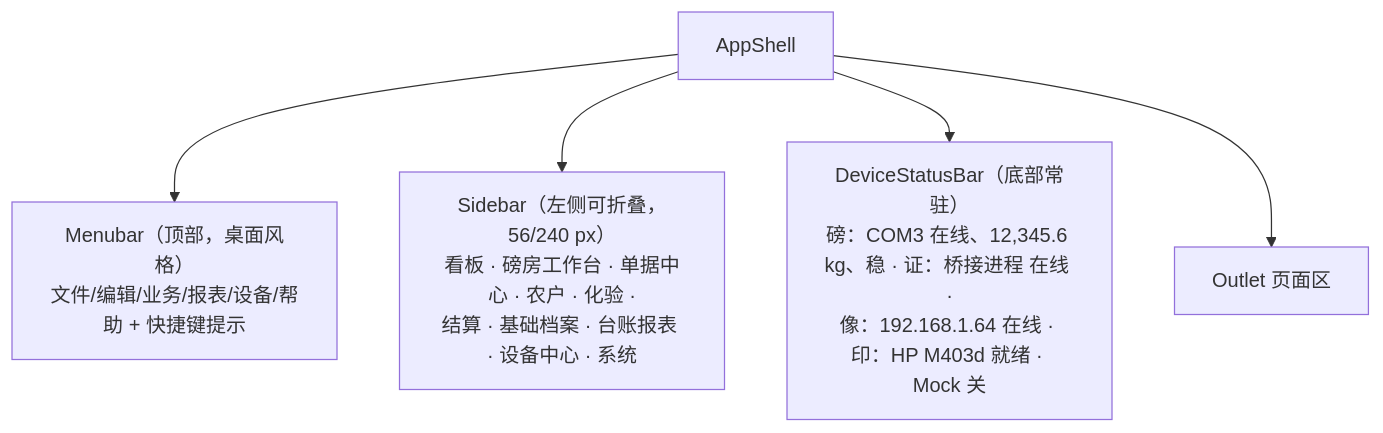
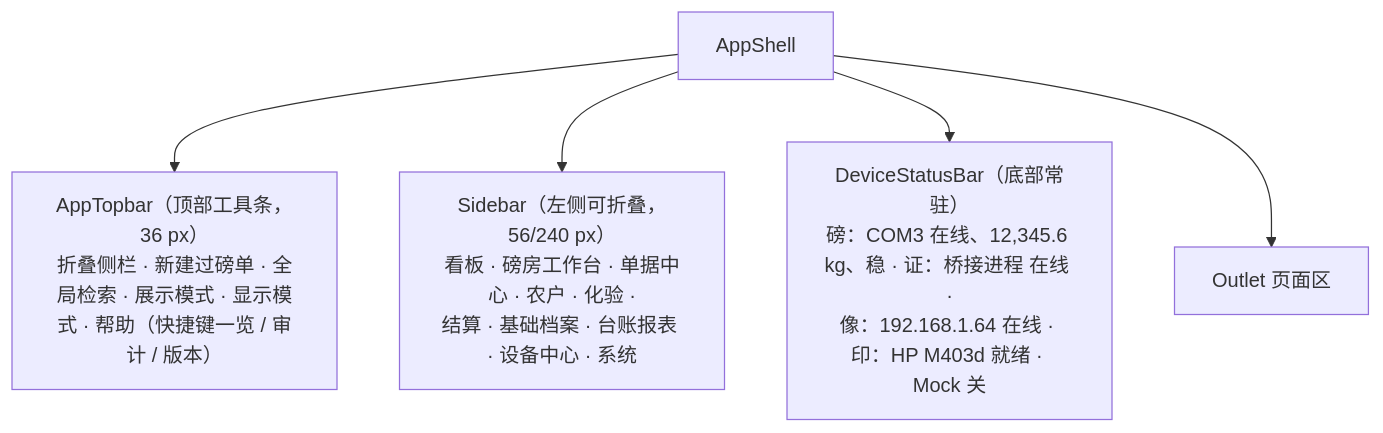
Before and after one commit to datawalkcloud/BangHe: the diagram in docs/design/05-UI结构与交互规范.md, drawn with Mermaid. The commit also changed other lines of this file and 109 other files, not shown here.

````diff
--- a/docs/design/05-UI结构与交互规范.md
+++ b/docs/design/05-UI结构与交互规范.md
@@ -22,7 +22,7 @@
 ```mermaid
 flowchart TD
-    A["AppShell"] --> B["Menubar（顶部，桌面风格）<br/>文件/编辑/业务/报表/设备/帮助 + 快捷键提示"]
+    A["AppShell"] --> B["AppTopbar（顶部工具条，36 px）<br/>折叠侧栏 · 新建过磅单 · 全局检索 · 展示模式 · 显示模式 · 帮助（快捷键一览 / 审计 / 版本）"]
     A --> C["Sidebar（左侧可折叠，56/240 px）<br/>看板 · 磅房工作台 · 单据中心 · 农户 · 化验 ·<br/>结算 · 基础档案 · 台账报表 · 设备中心 · 系统"]
     A --> D["DeviceStatusBar（底部常驻）<br/>磅：COM3 在线、12,345.6 kg、稳 · 证：桥接进程 在线 ·<br/>像：192.168.1.64 在线 · 印：HP M403d 就绪 · Mock 关"]
     A --> E["Outlet 页面区"]
 ```
````
